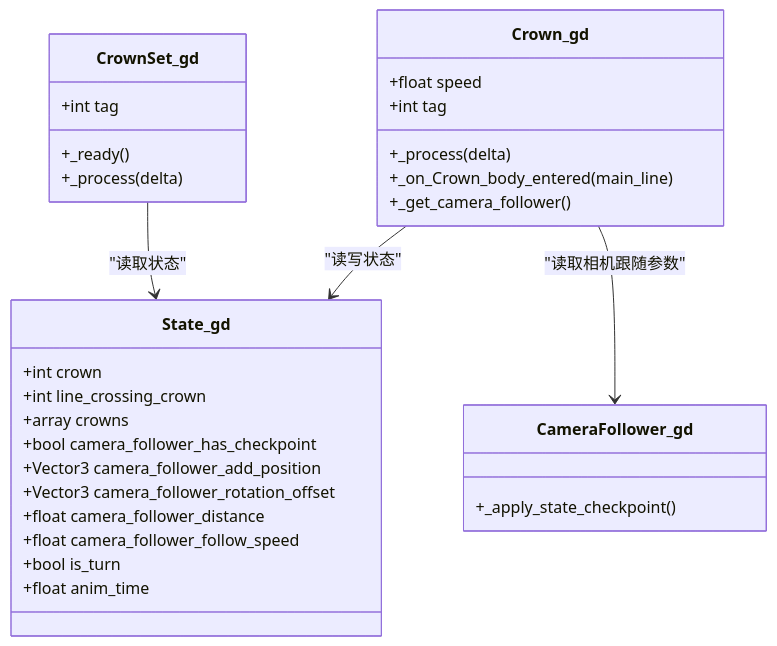
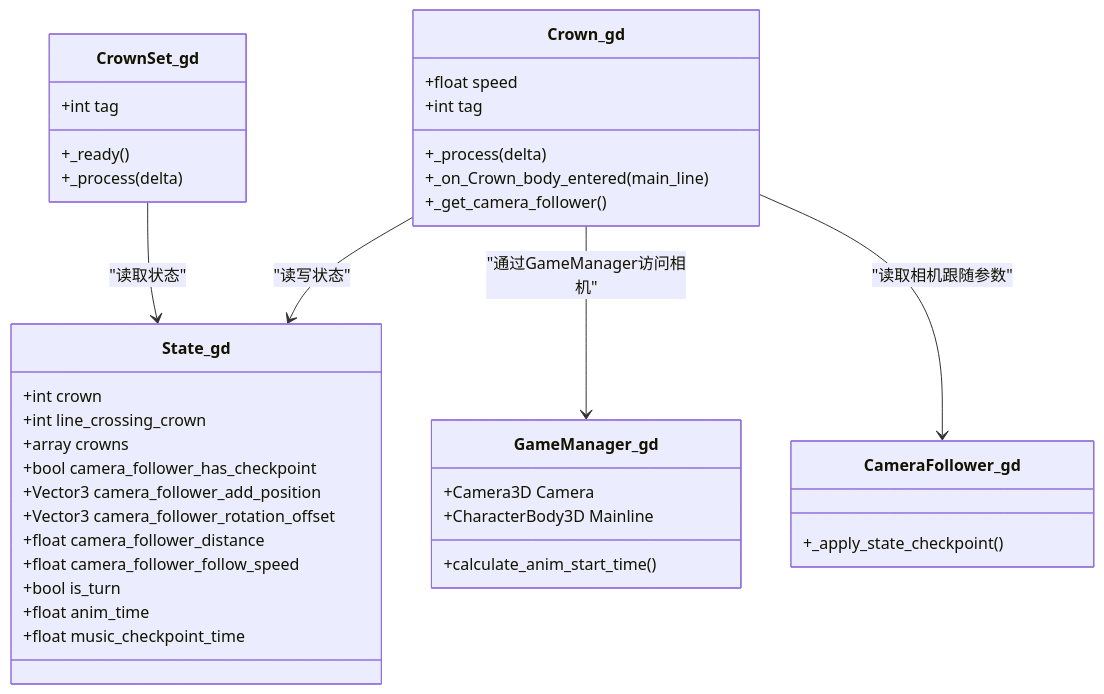
One commit to godotline/godot-line changed the fifth of 5 diagrams in .qoder/repowiki/zh/content/游戏系统/触发器系统/Crown触发器.md. Above: the diagram before and after it, drawn with Mermaid. The commit also changed other lines of this file and 18 other files, not shown here.

````diff
--- a/.qoder/repowiki/zh/content/游戏系统/触发器系统/Crown触发器.md
+++ b/.qoder/repowiki/zh/content/游戏系统/触发器系统/Crown触发器.md
@@ -277,33 +329,40 @@
 ```mermaid
 classDiagram
 class Crown_gd {
 +float speed
 +int tag
 +_process(delta)
 +_on_Crown_body_entered(main_line)
 +_get_camera_follower()
 }
 class CrownSet_gd {
 +int tag
 +_ready()
 +_process(delta)
 }
 class State_gd {
 +int crown
 +int line_crossing_crown
 +array crowns
 +bool camera_follower_has_checkpoint
 +Vector3 camera_follower_add_position
 +Vector3 camera_follower_rotation_offset
 +float camera_follower_distance
 +float camera_follower_follow_speed
 +bool is_turn
 +float anim_time
++float music_checkpoint_time
+}
+class GameManager_gd {
++Camera3D Camera
++CharacterBody3D Mainline
++calculate_anim_start_time()
 }
 class CameraFollower_gd {
 +_apply_state_checkpoint()
 }
 Crown_gd --> State_gd : "读写状态"
+Crown_gd --> GameManager_gd : "通过GameManager访问相机"
 Crown_gd --> CameraFollower_gd : "读取相机跟随参数"
 CrownSet_gd --> State_gd : "读取状态"
 ```
````
